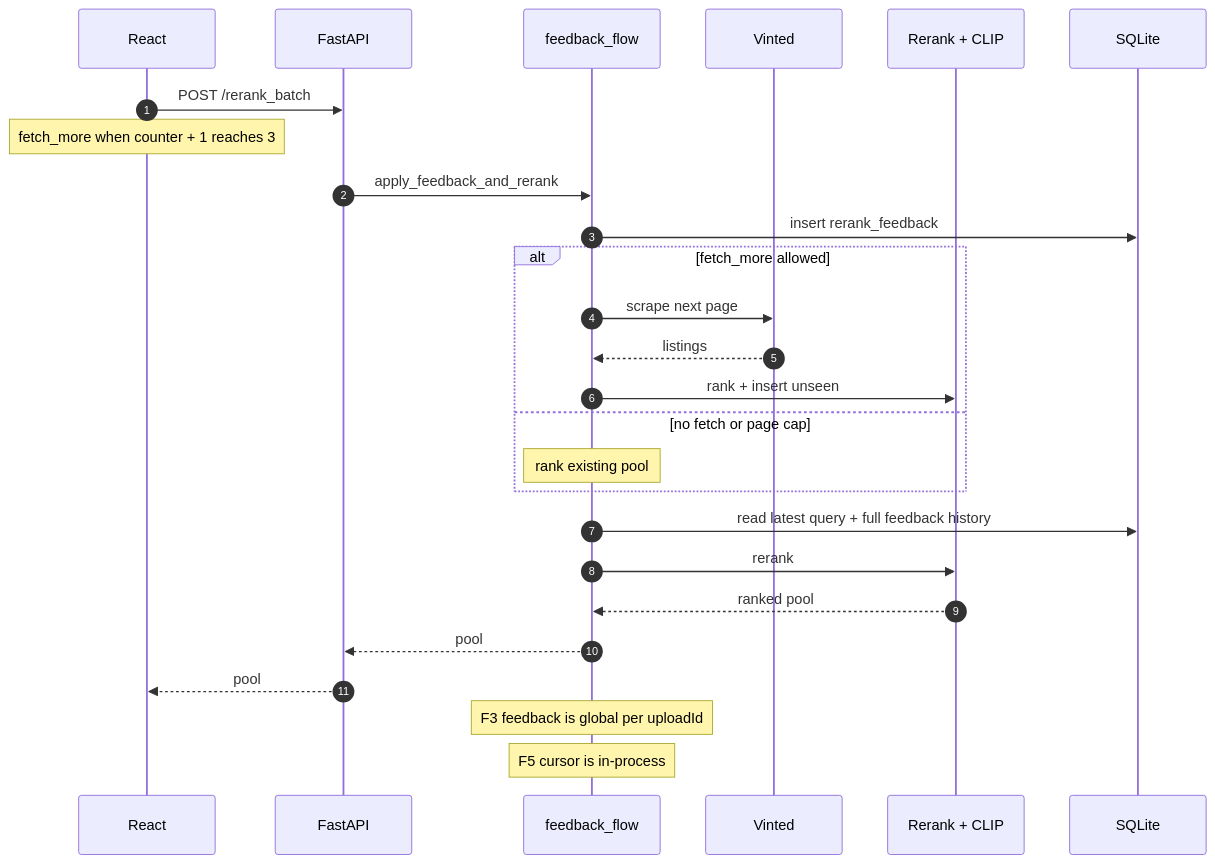
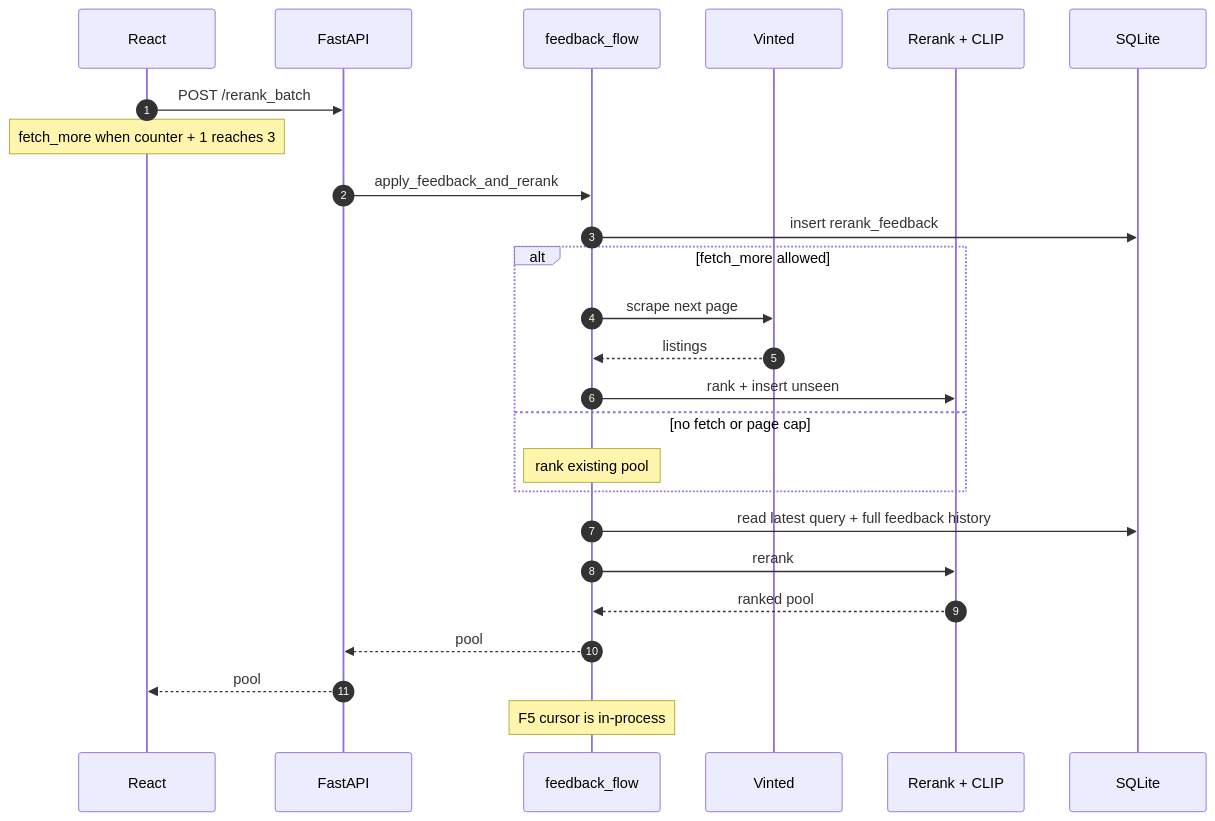
The fourth of 6 diagrams in docs/flows/README.md (bvechiato/rack-sorter), drawn with Mermaid before and after one commit. The commit also changed other lines of this file and 11 other files, not shown here.

````diff
--- a/docs/flows/README.md
+++ b/docs/flows/README.md
@@ -185,29 +183,28 @@
 ```mermaid
 sequenceDiagram
     autonumber
     participant UI as React
     participant API as FastAPI
     participant FB as feedback_flow
     participant V as Vinted
     participant ML as Rerank + CLIP
     participant DB as SQLite
 
     UI->>API: POST /rerank_batch
     Note over UI: fetch_more when counter + 1 reaches 3
     API->>FB: apply_feedback_and_rerank
     FB->>DB: insert rerank_feedback
     alt fetch_more allowed
         FB->>V: scrape next page
         V-->>FB: listings
         FB->>ML: rank + insert unseen
     else no fetch or page cap
         Note over FB: rank existing pool
     end
     FB->>DB: read latest query + full feedback history
     FB->>ML: rerank
     ML-->>FB: ranked pool
     FB-->>API: pool
     API-->>UI: pool
-    Note over FB: F3 feedback is global per uploadId
     Note over FB: F5 cursor is in-process
 ```
````
